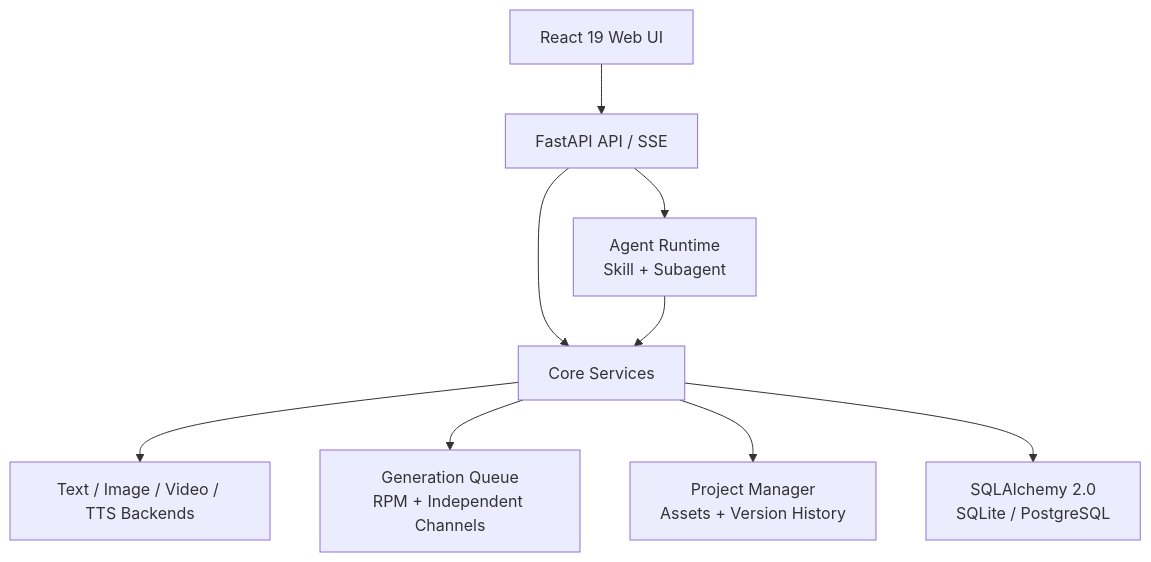
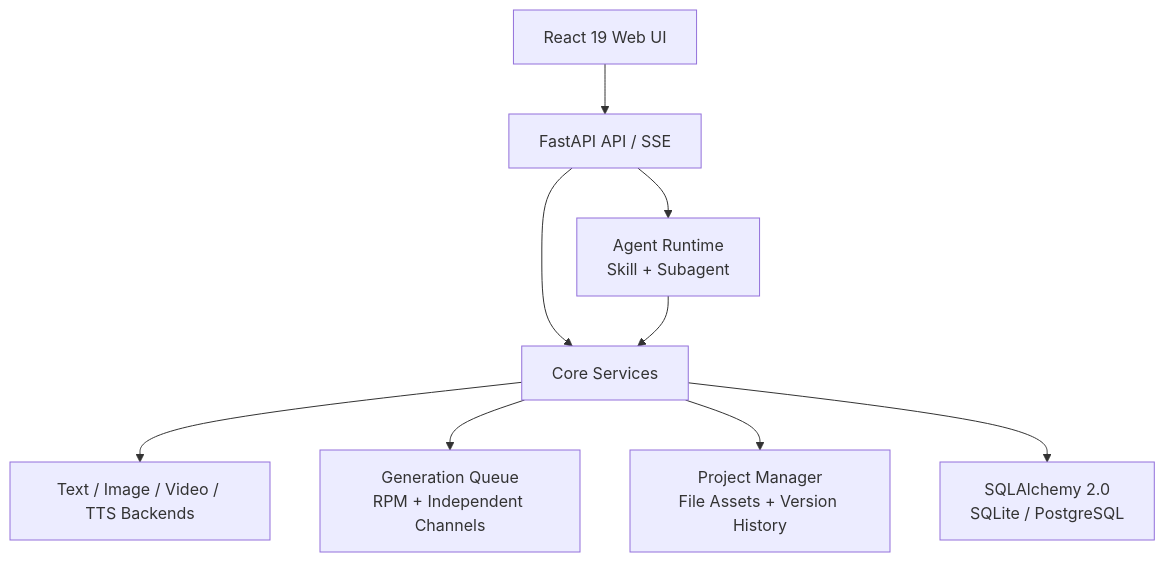
The second of 2 diagrams in README.en.md (ArcReel/ArcReel), drawn with Mermaid before and after one commit. The commit also changed other lines of this file and 18 other files, not shown here.

````diff
--- a/README.en.md
+++ b/README.en.md
@@ -212,11 +212,11 @@
 ```mermaid
 flowchart TB
     UI["React 19 Web UI"] --> API["FastAPI API / SSE"]
     API --> AGENT["Agent Runtime<br/>Skill + Subagent"]
     API --> CORE["Core Services"]
     AGENT --> CORE
     CORE --> PROVIDERS["Text / Image / Video / TTS Backends"]
     CORE --> QUEUE["Generation Queue<br/>RPM + Independent Channels"]
-    CORE --> PROJECTS["Project Manager<br/>Assets + Version History"]
+    CORE --> PROJECTS["Project Manager<br/>File Assets + Version History"]
     CORE --> DB["SQLAlchemy 2.0<br/>SQLite / PostgreSQL"]
 ```
````
